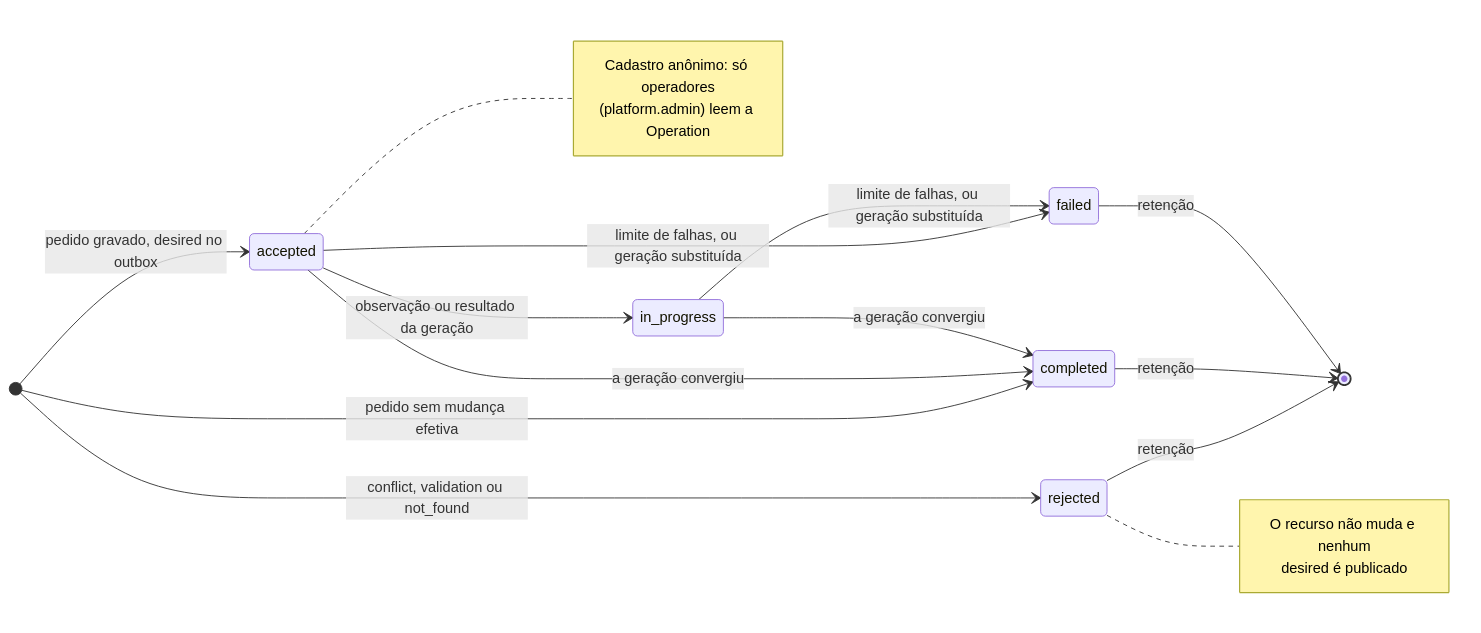
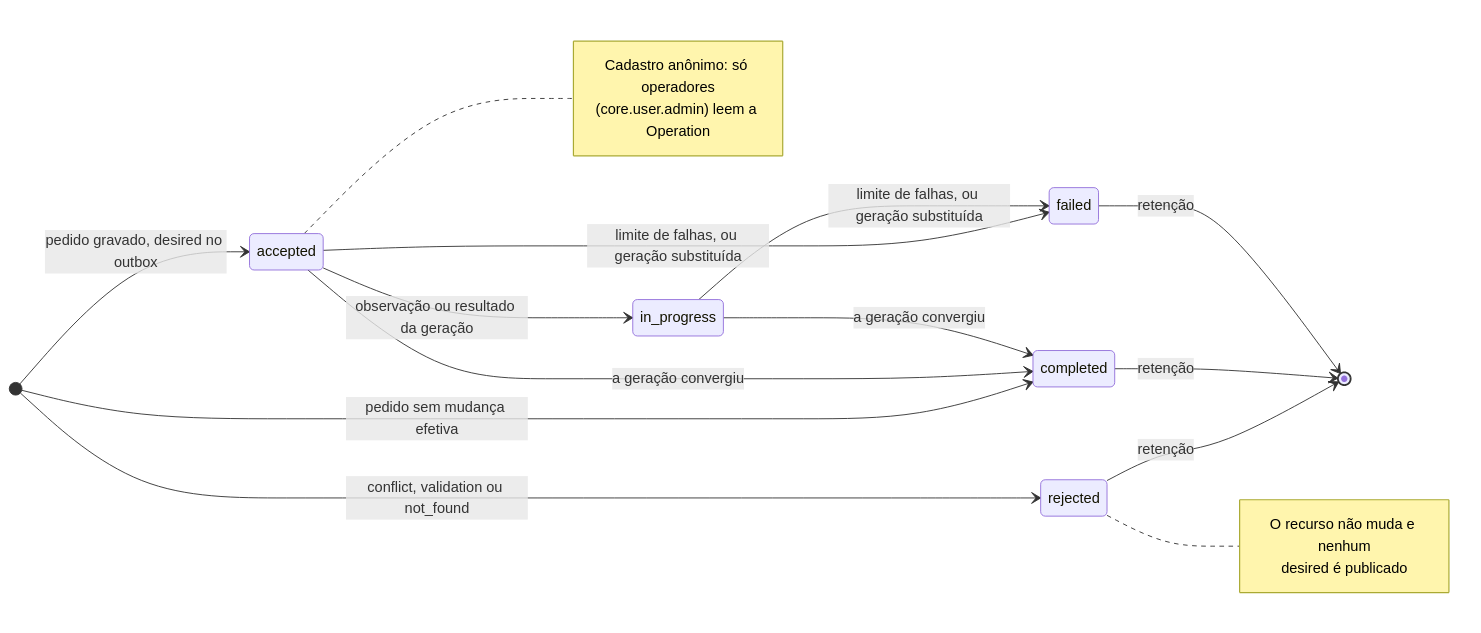
Before and after one commit to danielsabatini/smarkee: the diagram in features/core/user/docs/state/02-operation.mmd, drawn with Mermaid. The commit also changed 51 other files, not shown here.

```diff
--- a/features/core/user/docs/state/02-operation.mmd
+++ b/features/core/user/docs/state/02-operation.mmd
@@ -1,22 +1,22 @@
 stateDiagram-v2
     direction LR
     [*] --> accepted: pedido gravado, desired no outbox
     [*] --> rejected: conflict, validation ou not_found
     [*] --> completed: pedido sem mudança efetiva
     accepted --> in_progress: observação ou resultado da geração
     accepted --> completed: a geração convergiu
     in_progress --> completed: a geração convergiu
     accepted --> failed: limite de falhas, ou geração substituída
     in_progress --> failed: limite de falhas, ou geração substituída
     rejected --> [*]: retenção
     completed --> [*]: retenção
     failed --> [*]: retenção
 
     note right of rejected
         O recurso não muda e nenhum
         desired é publicado
     end note
     note right of accepted
         Cadastro anônimo: só operadores
-        (platform.admin) leem a Operation
+        (core.user.admin) leem a Operation
     end note
```
